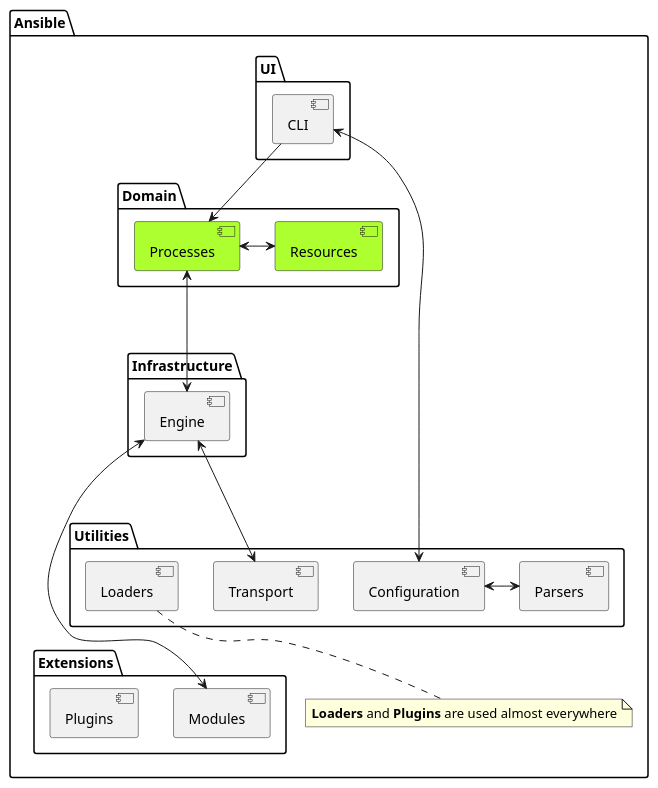
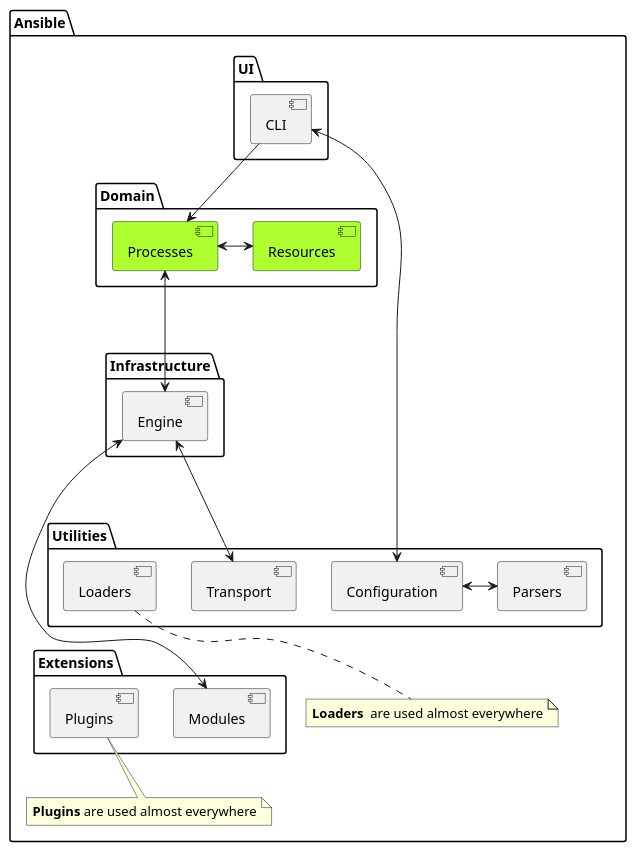
Before and after one commit to ezequiels/nazz: the diagram in project/uml/ansibleElements_Revised.puml, drawn with PlantUML. The commit also changed 3 other files, not shown here.

Commit message:
More revised diagrams

```diff
--- a/project/uml/ansibleElements_Revised.puml
+++ b/project/uml/ansibleElements_Revised.puml
@@ -1,47 +1,48 @@
 @startuml
 
 
 package "Ansible" {
 top to bottom direction
 
     package "UI" {
         [CLI]
     }
 
     package "Domain"{
         [Processes]
         [Resources]
     }
     component [Resources] #GreenYellow
     component [Processes] #GreenYellow
 
 
     package "Infrastructure" {
         [Engine]
     }
 
     package "Utilities" as utilities{
         [Parsers]
         [Transport]
         [Configuration]
         [Loaders]
     }
 
     package "Extensions" as extensions {
         [Modules]
         [Plugins]
     }
 
     [CLI] --> [Processes]
     [Processes] <-> [Resources]
     [CLI] <----> [Configuration]
     [Processes] <---> [Engine]
     [Engine] <---> [Transport]
     [Engine] <----> [Modules]
     [Configuration] <-> [Parsers]
 
 
-    note bottom of Loaders: <b>Loaders</b> and <b>Plugins</b> are used almost everywhere
+    note bottom of Loaders: <b>Loaders</b>  are used almost everywhere
+    note bottom of Plugins: <b>Plugins</b> are used almost everywhere
 }
 
 @enduml
```
